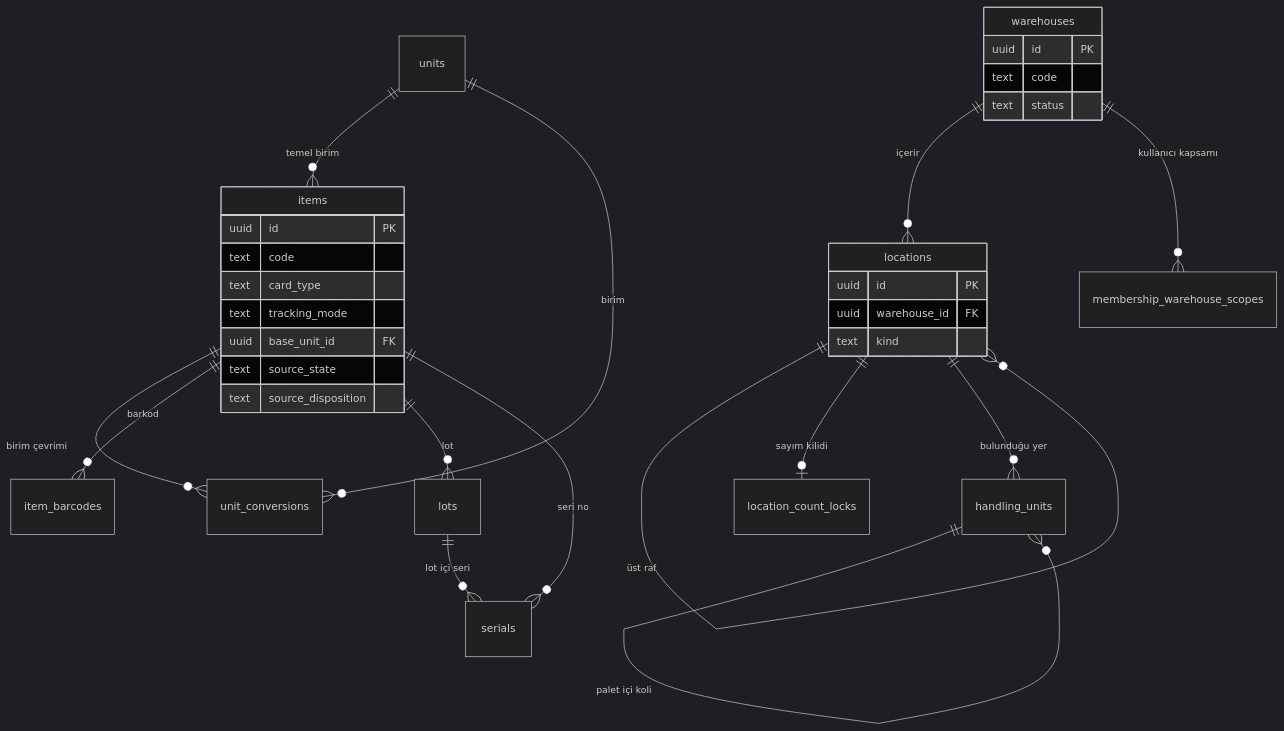
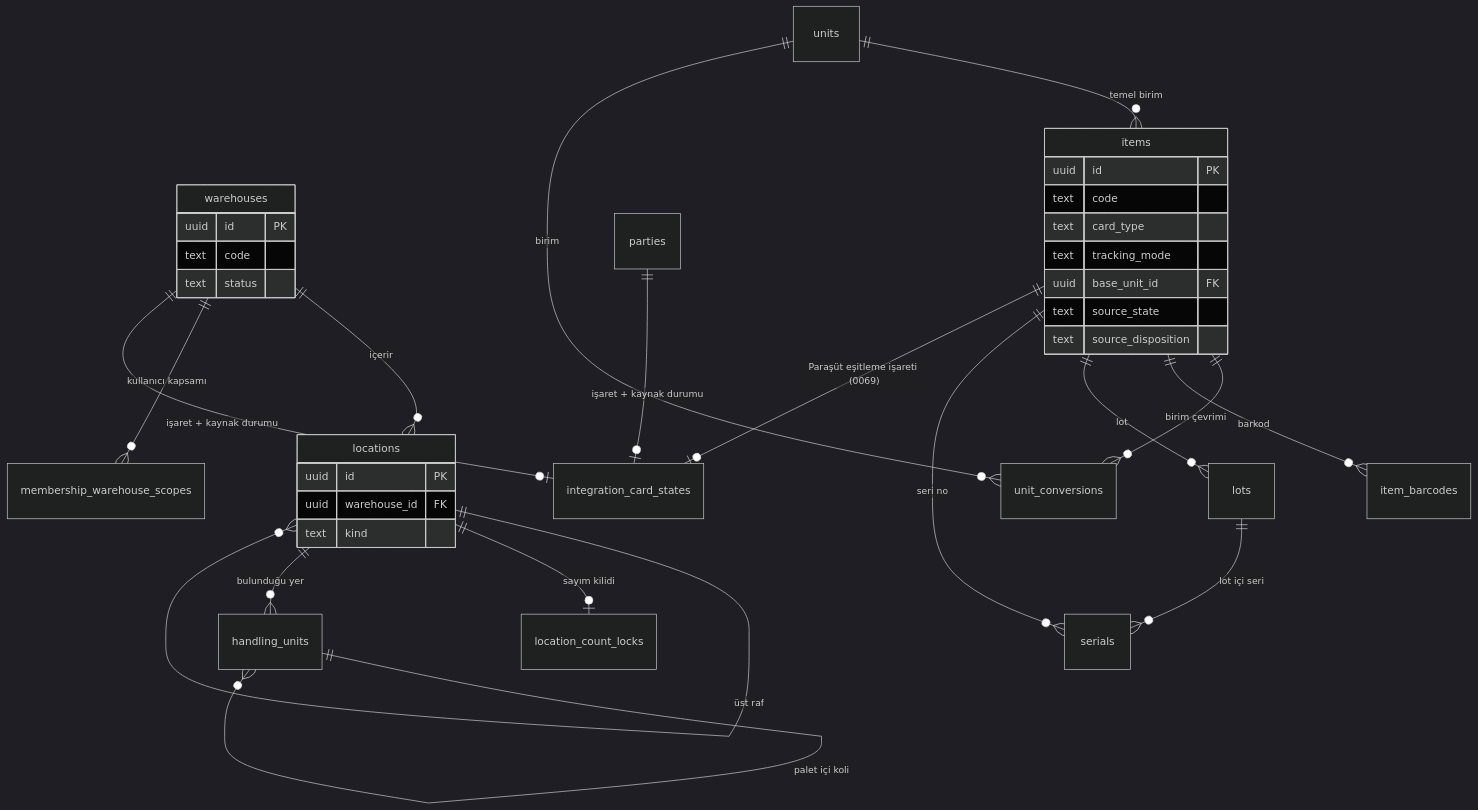
Before and after one commit to shosgoren/EtkinWMS: the first of 3 diagrams in docs/fonksiyonel-mimari/03a-veri-sozlugu-depo-stok.md, drawn with Mermaid (dark theme). The commit also changed other lines of this file and 9 other files, not shown here.

````diff
--- a/docs/fonksiyonel-mimari/03a-veri-sozlugu-depo-stok.md
+++ b/docs/fonksiyonel-mimari/03a-veri-sozlugu-depo-stok.md
@@ -30,35 +31,38 @@
 ```mermaid
 erDiagram
   warehouses ||--o{ locations : "içerir"
   locations ||--o{ locations : "üst raf"
   locations ||--o| location_count_locks : "sayım kilidi"
   warehouses ||--o{ membership_warehouse_scopes : "kullanıcı kapsamı"
   units ||--o{ items : "temel birim"
   items ||--o{ unit_conversions : "birim çevrimi"
   units ||--o{ unit_conversions : "birim"
   items ||--o{ item_barcodes : "barkod"
   items ||--o{ lots : "lot"
   items ||--o{ serials : "seri no"
   lots ||--o{ serials : "lot içi seri"
   handling_units ||--o{ handling_units : "palet içi koli"
   locations ||--o{ handling_units : "bulunduğu yer"
+  items ||--o| integration_card_states : "Paraşüt eşitleme işareti (0069)"
+  warehouses ||--o| integration_card_states : "işaret + kaynak durumu"
+  parties ||--o| integration_card_states : "işaret + kaynak durumu"
   items {
     uuid id PK
     text code
     text card_type
     text tracking_mode
     uuid base_unit_id FK
     text source_state
     text source_disposition
   }
   warehouses {
     uuid id PK
     text code
     text status
   }
   locations {
     uuid id PK
     uuid warehouse_id FK
     text kind
   }
 ```
````
